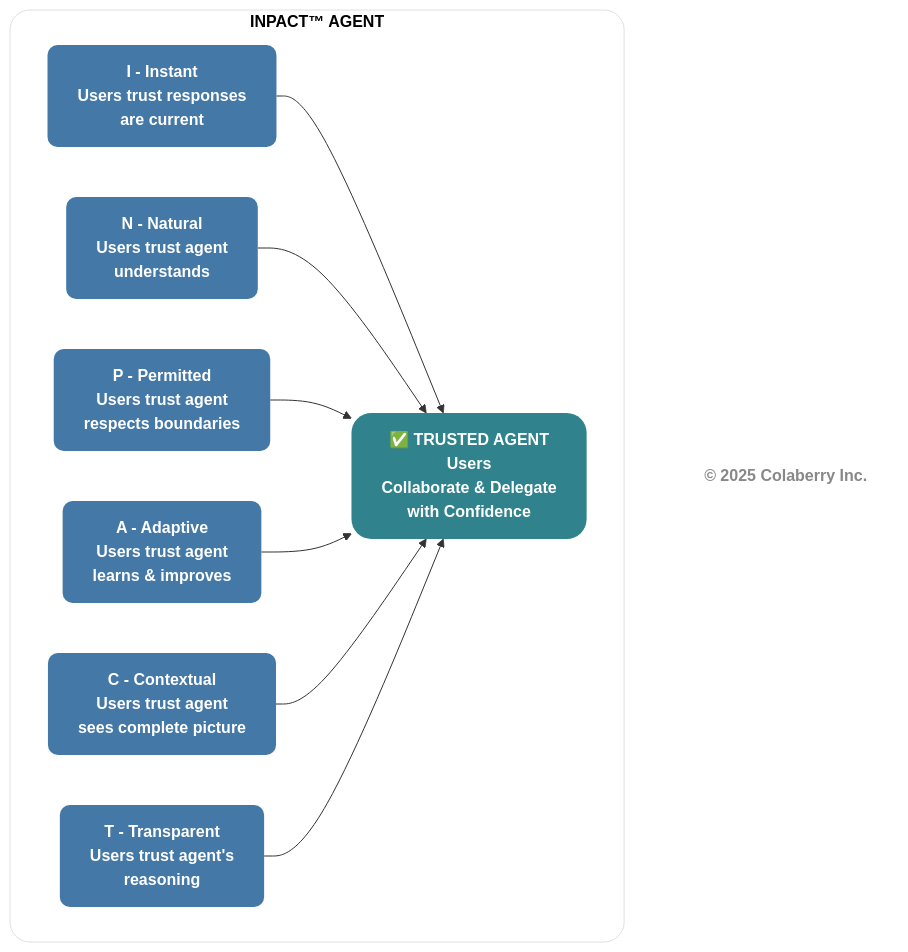
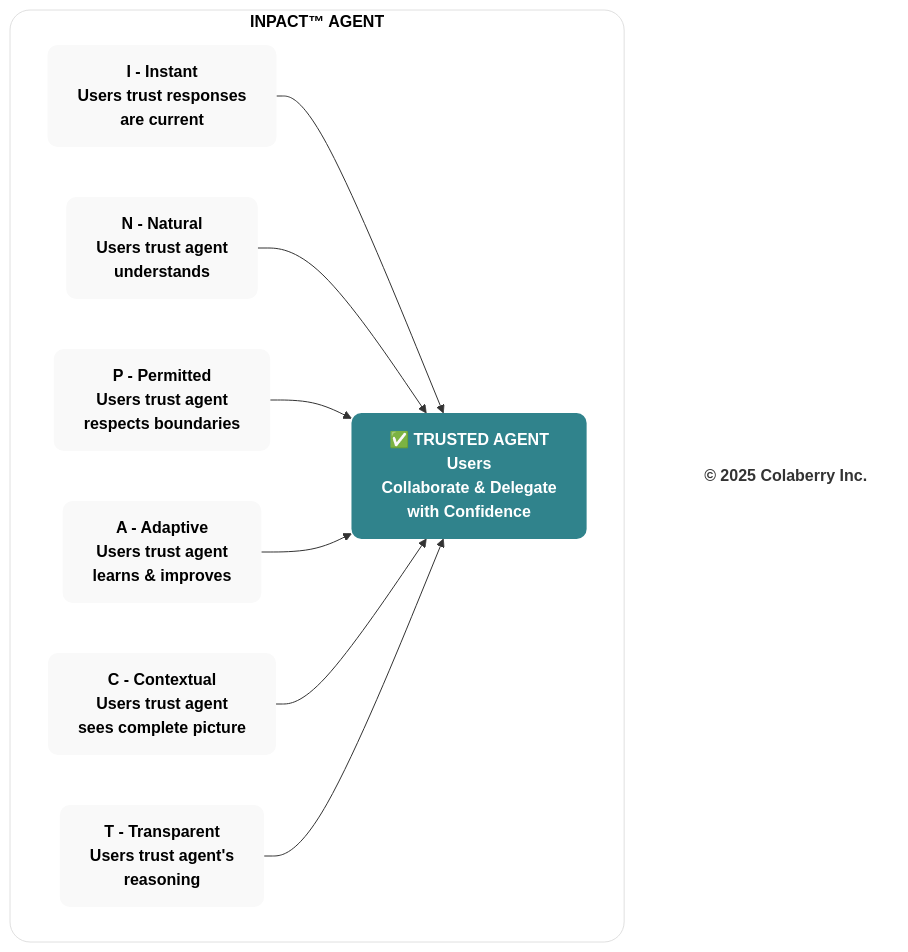
The fourth of 12 diagrams in manuscript/03_chapter_2_inpact_framework.md (saitejesh-cyber/trust-before-intelligence-book), drawn with Mermaid before and after one commit. The commit also changed other lines of this file and 4 other files, not shown here.

````diff
--- a/manuscript/03_chapter_2_inpact_framework.md
+++ b/manuscript/03_chapter_2_inpact_framework.md
@@ -228,39 +228,39 @@
 ```mermaid
 graph TB
     subgraph BOX["<b>INPACT™ AGENT</b>"]
         I["<b>I - Instant</b><br/><b>Users trust responses<br/> are current</b>"]
         N["<b>N - Natural</b><br/><b>Users trust agent<br/> understands</b>"]
         P["<b>P - Permitted</b><br/><b>Users trust agent<br/> respects boundaries</b>"]
         A["<b>A - Adaptive</b><br/><b>Users trust agent<br/> learns & improves</b>"]
         C["<b>C - Contextual</b><br/><b>Users trust agent<br/> sees complete picture</b>"]
         T["<b>T - Transparent</b><br/><b>Users trust agent's<br/> reasoning</b>"]
         
         TRUST["<b>✅ TRUSTED AGENT</b><br/><b>Users<br/> Collaborate & Delegate<br/> with Confidence</b>"]
         
         I --> TRUST
         N --> TRUST
         P --> TRUST
         A --> TRUST
         C --> TRUST
         T --> TRUST
     end
     
     COPYRIGHT["<b>© 2025 Colaberry Inc.</b>"]
     
     %% ⚪ CONTAINER — NEUTRAL / CONTEXT
-    style BOX fill:#ffffff,stroke:#e0e0e0,stroke-width:1px,color:#000000,rx:20,ry:20
+        style BOX fill:#ffffff,stroke:#e0e0e0,stroke-width:1px,color:#000000,rx:20,ry:20
     
     %% 🔵 INPACT™ NEEDS — TRANSFORMATION / DEFINITION
-    style I fill:#4478A6,stroke:none,color:#ffffff,rx:10,ry:10
-    style N fill:#4478A6,stroke:none,color:#ffffff,rx:10,ry:10
-    style P fill:#4478A6,stroke:none,color:#ffffff,rx:10,ry:10
-    style A fill:#4478A6,stroke:none,color:#ffffff,rx:10,ry:10
-    style C fill:#4478A6,stroke:none,color:#ffffff,rx:10,ry:10
-    style T fill:#4478A6,stroke:none,color:#ffffff,rx:10,ry:10
+        style I fill:#f9f9f9,stroke:none,color:#000000,rx:10,ry:10
+        style N fill:#f9f9f9,stroke:none,color:#000000,rx:10,ry:10
+        style P fill:#f9f9f9,stroke:none,color:#000000,rx:10,ry:10
+        style A fill:#f9f9f9,stroke:none,color:#000000,rx:10,ry:10
+        style C fill:#f9f9f9,stroke:none,color:#000000,rx:10,ry:10
+        style T fill:#f9f9f9,stroke:none,color:#000000,rx:10,ry:10
     
     %% 🟢 TRUST — INPACT™-FULFILLED OUTCOME
-    style TRUST fill:#30838C,stroke:none,color:#ffffff,rx:20,ry:20
+        style TRUST fill:#30838C,stroke:none,color:#ffffff,rx:10,ry:10
     
     %% FOOTER
-    style COPYRIGHT fill:none,stroke:none,color:#888888
+    style COPYRIGHT fill:none,stroke:none,color:#333333
 ```
````
